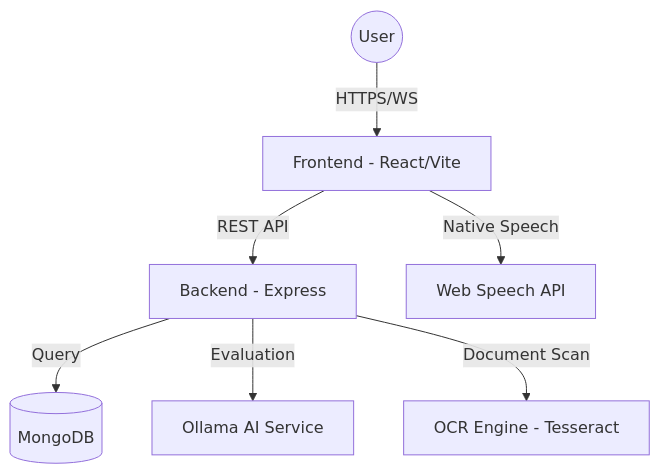
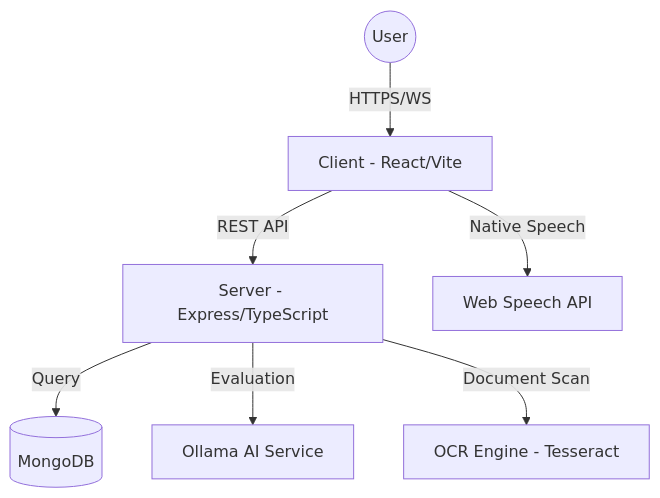
One commit to Mark20042/GradSync changed the diagram in README.md. Above: the diagram before and after it, drawn with Mermaid. The commit also changed other lines of this file and 471 other files, not shown here.

Commit message:
feat: migrate to TypeScript and restructure to client/server

````diff
--- a/README.md
+++ b/README.md
@@ -50,9 +54,9 @@
 ```mermaid
 graph TD
-    User((User)) -->|HTTPS/WS| FE[Frontend - React/Vite]
-    FE -->|REST API| BE[Backend - Express]
+    User((User)) -->|HTTPS/WS| FE[Client - React/Vite]
+    FE -->|REST API| BE[Server - Express/TypeScript]
     BE -->|Query| DB[(MongoDB)]
     BE -->|Evaluation| AI[Ollama AI Service]
     BE -->|Document Scan| OCR[OCR Engine - Tesseract]
     FE -->|Native Speech| Browser[Web Speech API]
 ```
````
